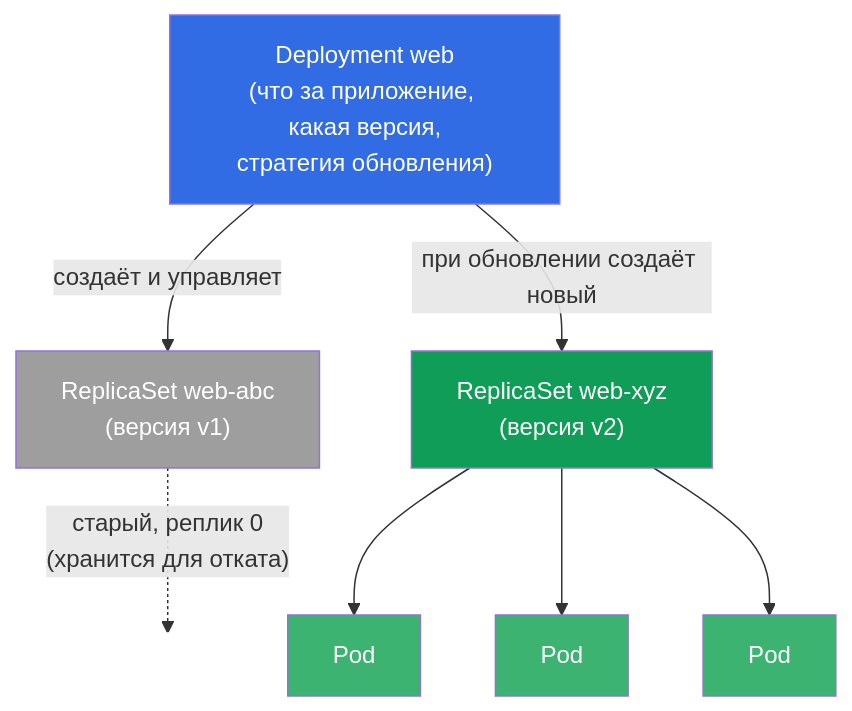
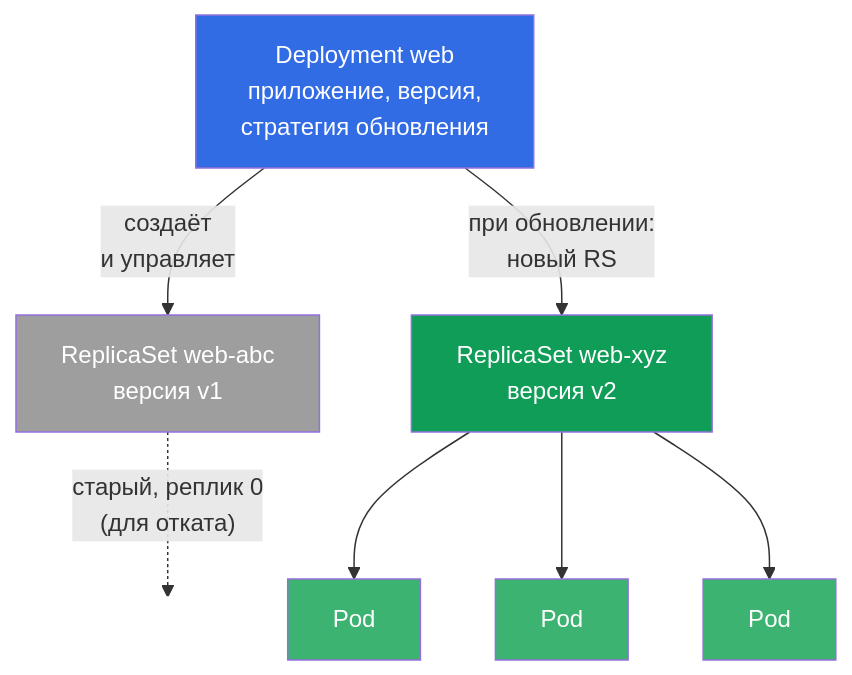
Before and after one commit to ViktorUJ/cks: the third of 5 diagrams in tasks/cka/course/05/ru.md, drawn with Mermaid. The commit also changed other lines of this file and 10 other files, not shown here.

````diff
--- a/tasks/cka/course/05/ru.md
+++ b/tasks/cka/course/05/ru.md
@@ -111,22 +111,22 @@
 ```mermaid
 flowchart TB
-    dep["Deployment web<br>(что за приложение, какая версия,<br>стратегия обновления)"]
-    rs1["ReplicaSet web-abc<br>(версия v1)"]
-    rs2["ReplicaSet web-xyz<br>(версия v2)"]
+    dep["Deployment web<br>приложение, версия,<br>стратегия обновления"]
+    rs1["ReplicaSet web-abc<br>версия v1"]
+    rs2["ReplicaSet web-xyz<br>версия v2"]
     p1["Pod"]
     p2["Pod"]
     p3["Pod"]
-    dep -->|"создаёт и управляет"| rs1
-    dep -->|"при обновлении создаёт новый"| rs2
+    dep -->|"создаёт<br>и управляет"| rs1
+    dep -->|"при обновлении:<br>новый RS"| rs2
     rs2 --> p1
     rs2 --> p2
     rs2 --> p3
-    rs1 -.->|"старый, реплик 0<br>(хранится для отката)"| empty[" "]
+    rs1 -.->|"старый, реплик 0<br>(для отката)"| empty[" "]
     style dep fill:#326ce5,color:#fff
     style rs1 fill:#9e9e9e,color:#fff
     style rs2 fill:#0f9d58,color:#fff
     style p1 fill:#3cb371,color:#fff
     style p2 fill:#3cb371,color:#fff
     style p3 fill:#3cb371,color:#fff
     style empty fill:#ffffff,color:#fff,stroke:#fff
 ```
````
